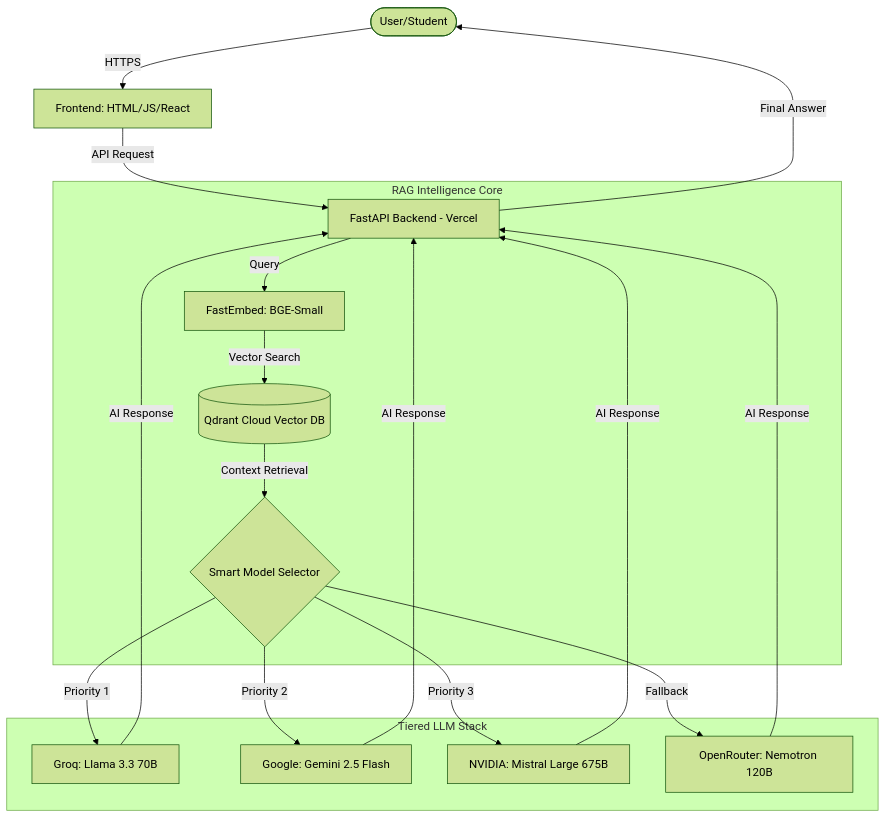
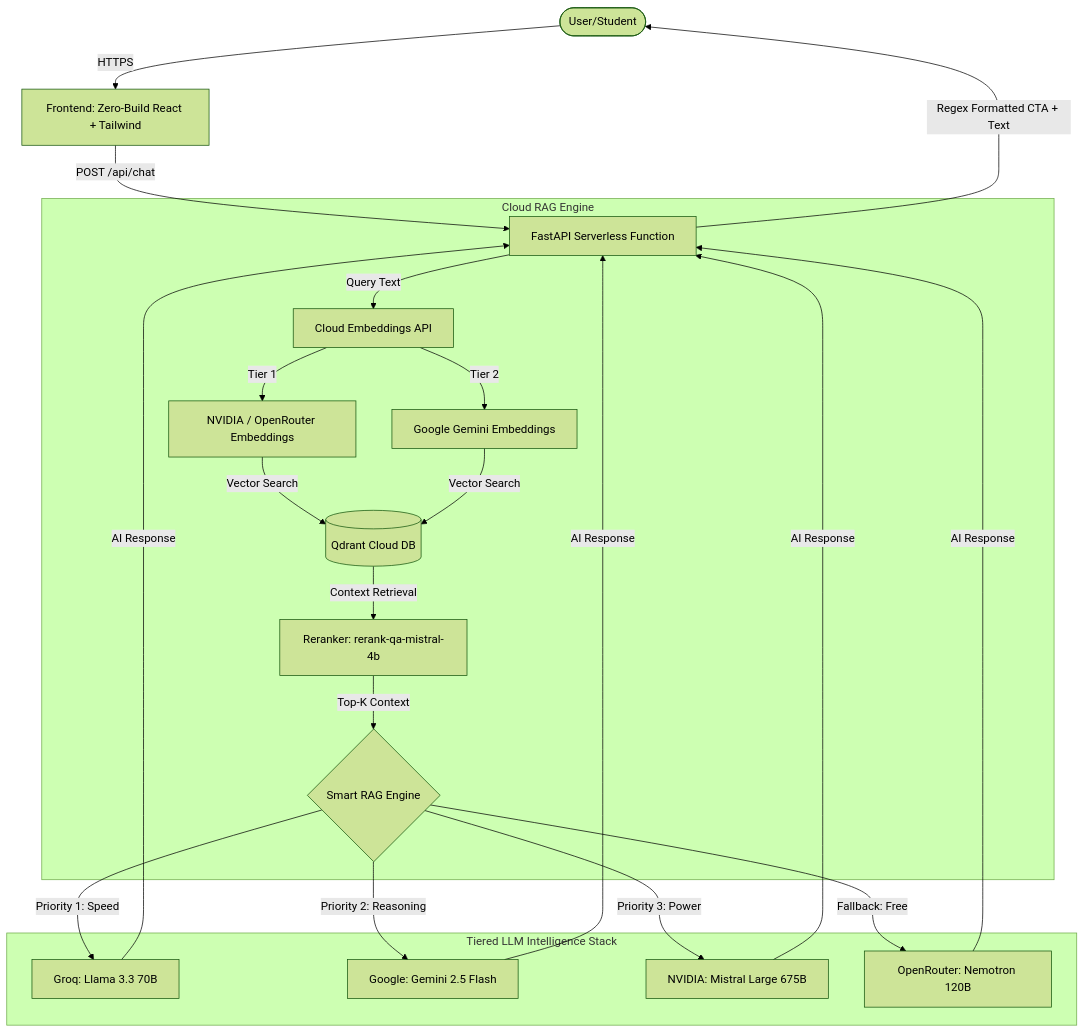
One commit to Kushal96499/Biyani-AI-Counselor changed the diagram in README.md. Above: the diagram before and after it, drawn with Mermaid (forest theme). The commit also changed other lines of this file and 2 other files, not shown here.

Commit message:
feat: implement production RAG engine with multi-provider LLM failover and frontend integration

````diff
--- a/README.md
+++ b/README.md
@@ -9,21 +19,24 @@
 ```mermaid
 graph TD
-    User([User/Student]) -->|HTTPS| Web[Frontend: HTML/JS/React]
-    Web -->|API Request| Backend[FastAPI Backend - Vercel]
+    User([User/Student]) -->|HTTPS| Web[Frontend: Zero-Build React + Tailwind]
+    Web -->|POST /api/chat| Backend[FastAPI Serverless Function]
     
-    subgraph "RAG Intelligence Core"
-        Backend -->|Query| Embedder[FastEmbed: BGE-Small]
-        Embedder -->|Vector Search| Qdrant[(Qdrant Cloud Vector DB)]
-        Qdrant -->|Context Retrieval| Selector{Smart Model Selector}
+    subgraph "Cloud RAG Engine"
+        Backend -->|Query Text| Embedder[Cloud Embeddings API]
+        Embedder -->|Tier 1| NV[NVIDIA / OpenRouter Embeddings]
+        Embedder -->|Tier 2| Gem[Google Gemini Embeddings]
+        NV & Gem -->|Vector Search| Qdrant[(Qdrant Cloud DB)]
+        Qdrant -->|Context Retrieval| Reranker[Reranker: rerank-qa-mistral-4b]
+        Reranker -->|Top-K Context| Engine{Smart RAG Engine}
     end
 
-    subgraph "Tiered LLM Stack"
-        Selector -->|Priority 1| Groq[Groq: Llama 3.3 70B]
-        Selector -->|Priority 2| Gemini[Google: Gemini 2.5 Flash]
-        Selector -->|Priority 3| NVIDIA[NVIDIA: Mistral Large 675B]
-        Selector -->|Fallback| OR[OpenRouter: Nemotron 120B]
+    subgraph "Tiered LLM Intelligence Stack"
+        Engine -->|Priority 1: Speed| Groq[Groq: Llama 3.3 70B]
+        Engine -->|Priority 2: Reasoning| Gemini[Google: Gemini 2.5 Flash]
+        Engine -->|Priority 3: Power| NVIDIA[NVIDIA: Mistral Large 675B]
+        Engine -->|Fallback: Free| OR[OpenRouter: Nemotron 120B]
     end
 
     Groq & Gemini & NVIDIA & OR -->|AI Response| Backend
-    Backend -->|Final Answer| User
+    Backend -->|Regex Formatted CTA + Text| User
 ```
````
